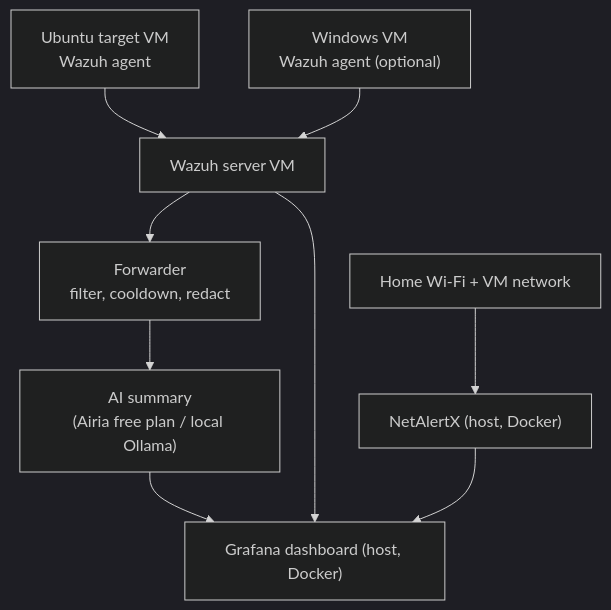
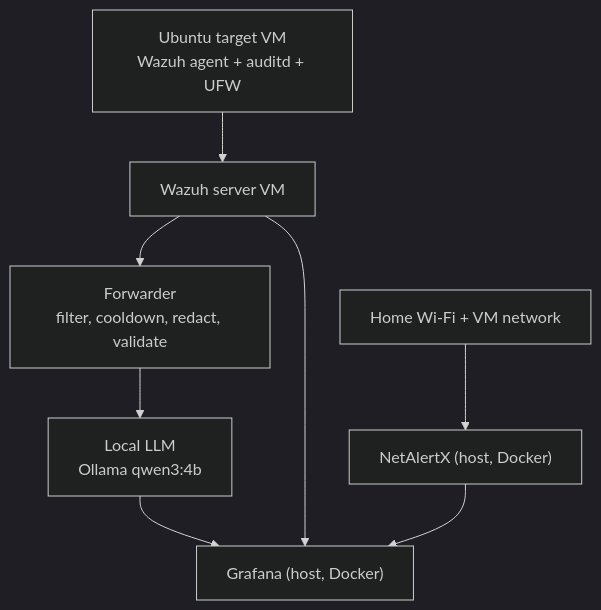
One commit to Yassine1Nemri/Soc-System-with-AI-Integrations changed the diagram in README.md. Above: the diagram before and after it, drawn with Mermaid (dark theme). The commit also changed other lines of this file and 8 other files, not shown here.

````diff
--- a/README.md
+++ b/README.md
@@ -15,11 +45,10 @@
 ```mermaid
 flowchart TD
     LAN["Home Wi-Fi + VM network"] --> N["NetAlertX (host, Docker)"]
-    U["Ubuntu target VM<br/>Wazuh agent"] --> M["Wazuh server VM"]
-    W["Windows VM<br/>Wazuh agent (optional)"] --> M
-    M --> F["Forwarder<br/>filter, cooldown, redact"]
-    F --> AI["AI summary<br/>(Airia free plan / local Ollama)"]
-    AI --> G["Grafana dashboard (host, Docker)"]
+    U["Ubuntu target VM<br/>Wazuh agent + auditd + UFW"] --> M["Wazuh server VM"]
+    M --> F["Forwarder<br/>filter, cooldown, redact, validate"]
+    F --> AI["Local LLM<br/>Ollama qwen3:4b"]
+    AI --> G["Grafana (host, Docker)"]
     M --> G
     N --> G
 ```
````
